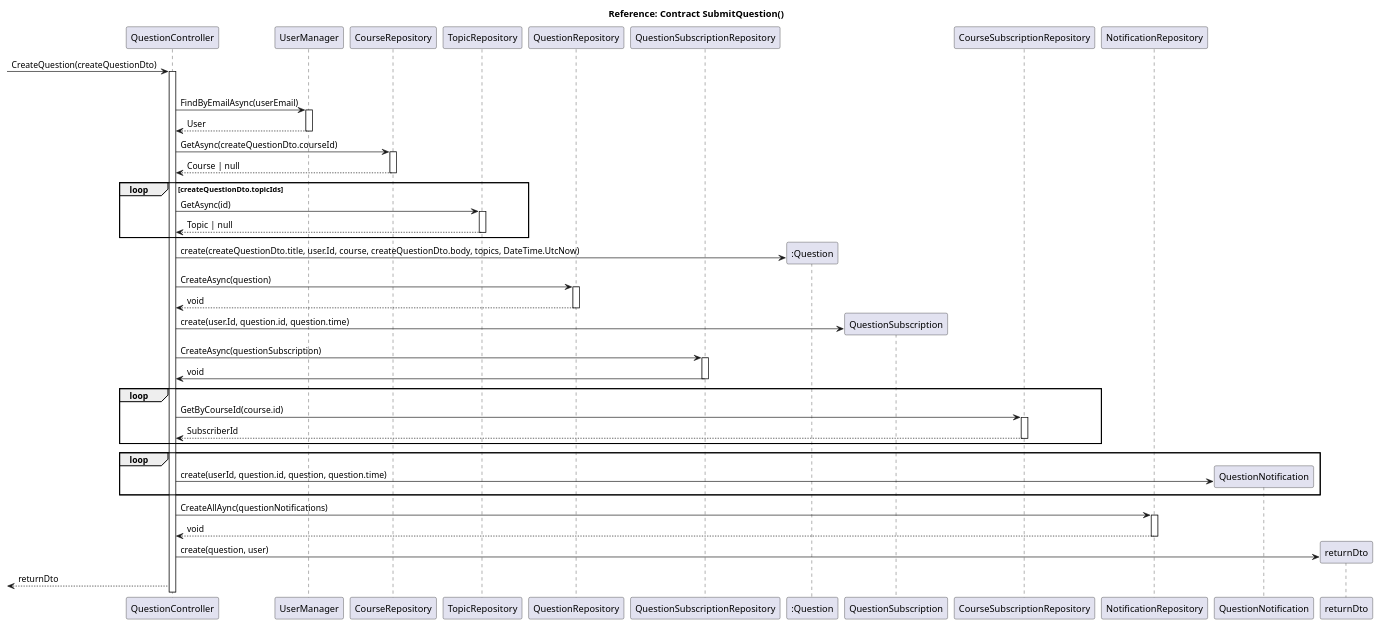
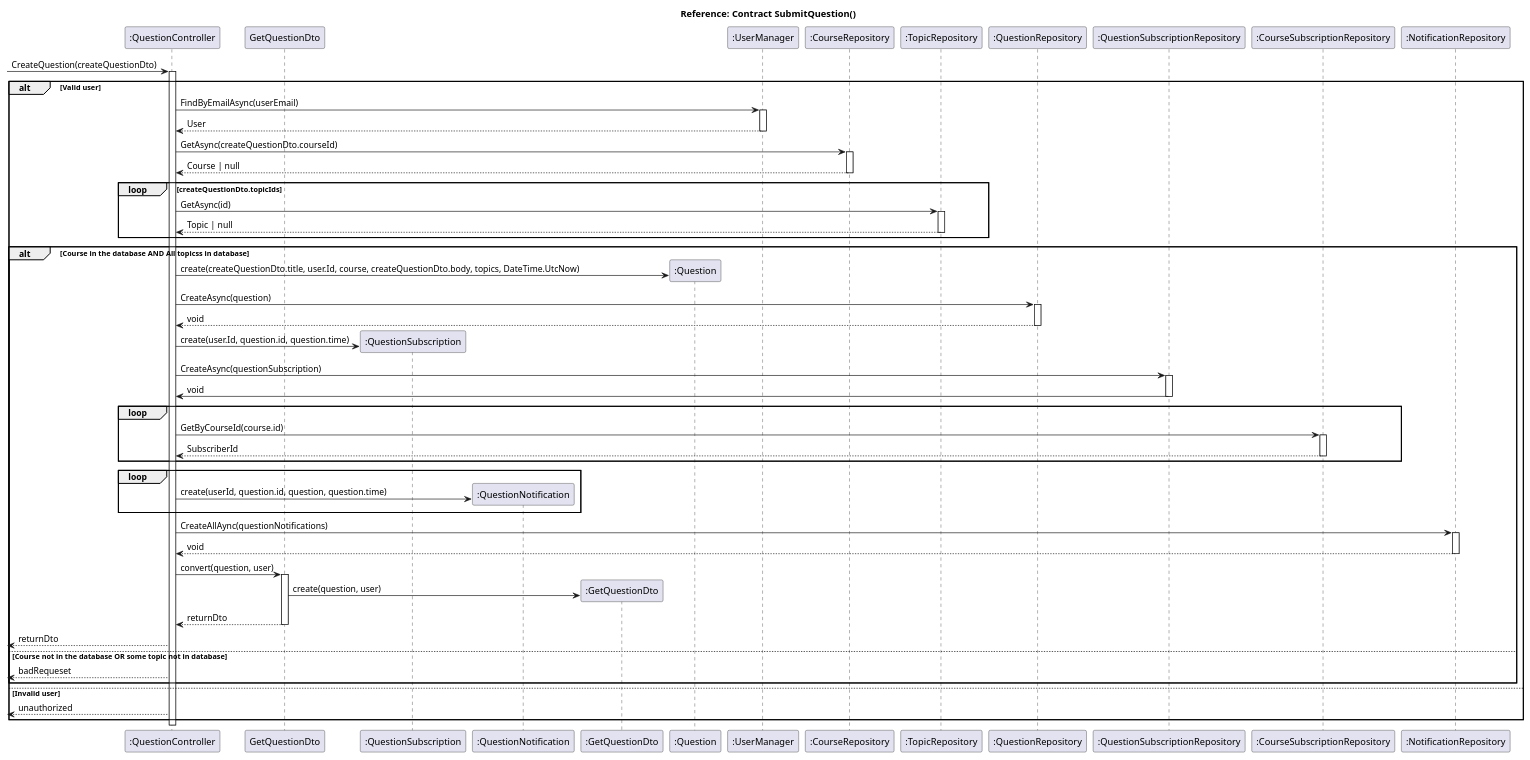
One commit to Singh-Kiran-P/StuNet changed the diagram in Diagrams/Sequence_Diagrams/ask_question.puml. Above: the diagram before and after it, drawn with PlantUML.

Commit message:
docs: Use correct notation in SD Ask Question

```diff
--- a/Diagrams/Sequence_Diagrams/ask_question.puml
+++ b/Diagrams/Sequence_Diagrams/ask_question.puml
@@ -1,72 +1,86 @@
-@startuml Ask Question
-participant QuestionController
-participant UserManager
-participant CourseRepository
-participant TopicRepository
-participant QuestionRepository
-participant QuestionSubscriptionRepository
-
+@startuml Ask question
+participant ":QuestionController" as questionController
+participant GetQuestionDto as GetQuestionDto
+participant ":QuestionSubscription" as questionSubscription
+participant ":QuestionNotification" as questionNotification
+participant ":GetQuestionDto" as getQuestionDto
+participant ":Question" as question
+participant ":UserManager" as userManager
+participant ":CourseRepository" as courseRepository
+participant ":TopicRepository" as topicRepository
+participant ":QuestionRepository" as questionRepository
+participant ":QuestionSubscriptionRepository" as questionSubscriptionRepository
+participant ":CourseSubscriptionRepository" as courseSubscriptionRepository
+participant ":NotificationRepository" as notificationRepository
 
 ' DataContext-[hidden]->DataContext
 
 title Reference: Contract SubmitQuestion()
 
--> QuestionController: CreateQuestion(createQuestionDto)
-activate QuestionController
+-> questionController: CreateQuestion(createQuestionDto)
+activate questionController
 alt Valid user
-	QuestionController -> UserManager: FindByEmailAsync(userEmail)
-	activate UserManager
-	QuestionController <-- UserManager: User
+	questionController -> userManager: FindByEmailAsync(userEmail)
+	activate userManager
+	questionController <-- userManager: User
 	' TO-ASK: User|null of gewoon User?
-	deactivate UserManager
+	deactivate userManager
 
-	QuestionController -> CourseRepository: GetAsync(createQuestionDto.courseId)
-	activate CourseRepository
-	CourseRepository --> QuestionController: Course | null
-	deactivate CourseRepository
+	questionController -> courseRepository: GetAsync(createQuestionDto.courseId)
+	activate courseRepository
+	courseRepository --> questionController: Course | null
+	deactivate courseRepository
 	
 	loop createQuestionDto.topicIds
-		QuestionController -> TopicRepository: GetAsync(id)
-		activate TopicRepository
-		TopicRepository --> QuestionController: Topic | null
-		deactivate TopicRepository
+		questionController -> topicRepository: GetAsync(id)
+		activate topicRepository
+		topicRepository --> questionController: Topic | null
+		deactivate topicRepository
 	end
 
-	QuestionController -> ":Question" **:create(createQuestionDto.title, user.Id, course, createQuestionDto.body, topics, DateTime.UtcNow)
-	'Question -> QuestionController: question
+    alt Course in the database AND All topicss in database
+        questionController -> question **:create(createQuestionDto.title, user.Id, course, createQuestionDto.body, topics, DateTime.UtcNow)
+        'question -> questionController: question
 
-	QuestionController -> QuestionRepository: CreateAsync(question)
-	activate QuestionRepository
-	QuestionRepository --> QuestionController: void
-	deactivate QuestionRepository
+        questionController -> questionRepository: CreateAsync(question)
+        activate questionRepository
+        questionRepository --> questionController: void
+        deactivate questionRepository
 
-	QuestionController -> QuestionSubscription **:create(user.Id, question.id, question.time)
-	'Question -> QuestionController: question
-	QuestionController -> QuestionSubscriptionRepository: CreateAsync(questionSubscription)
-	activate QuestionSubscriptionRepository
-	QuestionSubscriptionRepository -> QuestionController: void
-	deactivate QuestionSubscriptionRepository
+        questionController -> questionSubscription **:create(user.Id, question.id, question.time)
+        'question -> questionController: question
+        questionController -> questionSubscriptionRepository: CreateAsync(questionSubscription)
+        activate questionSubscriptionRepository
+        questionSubscriptionRepository -> questionController: void
+        deactivate questionSubscriptionRepository
 
-	loop
-		QuestionController -> CourseSubscriptionRepository: GetByCourseId(course.id)
-		activate CourseSubscriptionRepository
-		CourseSubscriptionRepository --> QuestionController: SubscriberId
-		deactivate CourseSubscriptionRepository
-	end
+        loop
+            questionController -> courseSubscriptionRepository: GetByCourseId(course.id)
+            activate courseSubscriptionRepository
+            courseSubscriptionRepository --> questionController: SubscriberId
+            deactivate courseSubscriptionRepository
+        end
 
-participant CourseSubscriptionRepository
+        loop 
+            questionController -> questionNotification**: create(userId, question.id, question, question.time)
+        end
 
+        questionController -> notificationRepository: CreateAllAync(questionNotifications)
+        activate notificationRepository
+        notificationRepository --> questionController: void
+        deactivate notificationRepository
 
-participant NotificationRepository
-	loop 
-		QuestionController -> QuestionNotification**: create(userId, question.id, question, question.time)
-	end
+        questionController -> GetQuestionDto: convert(question, user)
+        activate GetQuestionDto
+        GetQuestionDto -> getQuestionDto**: create(question, user)
+        GetQuestionDto --> questionController: returnDto
+        deactivate GetQuestionDto
 
-	QuestionController -> NotificationRepository: CreateAllAync(questionNotifications)
-	activate NotificationRepository
-	NotificationRepository --> QuestionController: void
-	deactivate NotificationRepository
-
-	QuestionController -> returnDto**: create(question, user)
-	<-- QuestionController: returnDto
+        <-- questionController: returnDto
+    else Course not in the database OR some topic not in database 
+        <-- questionController: badRequeset
+    end
+else Invalid user
+<-- questionController: unauthorized
+end
 @enduml
```
